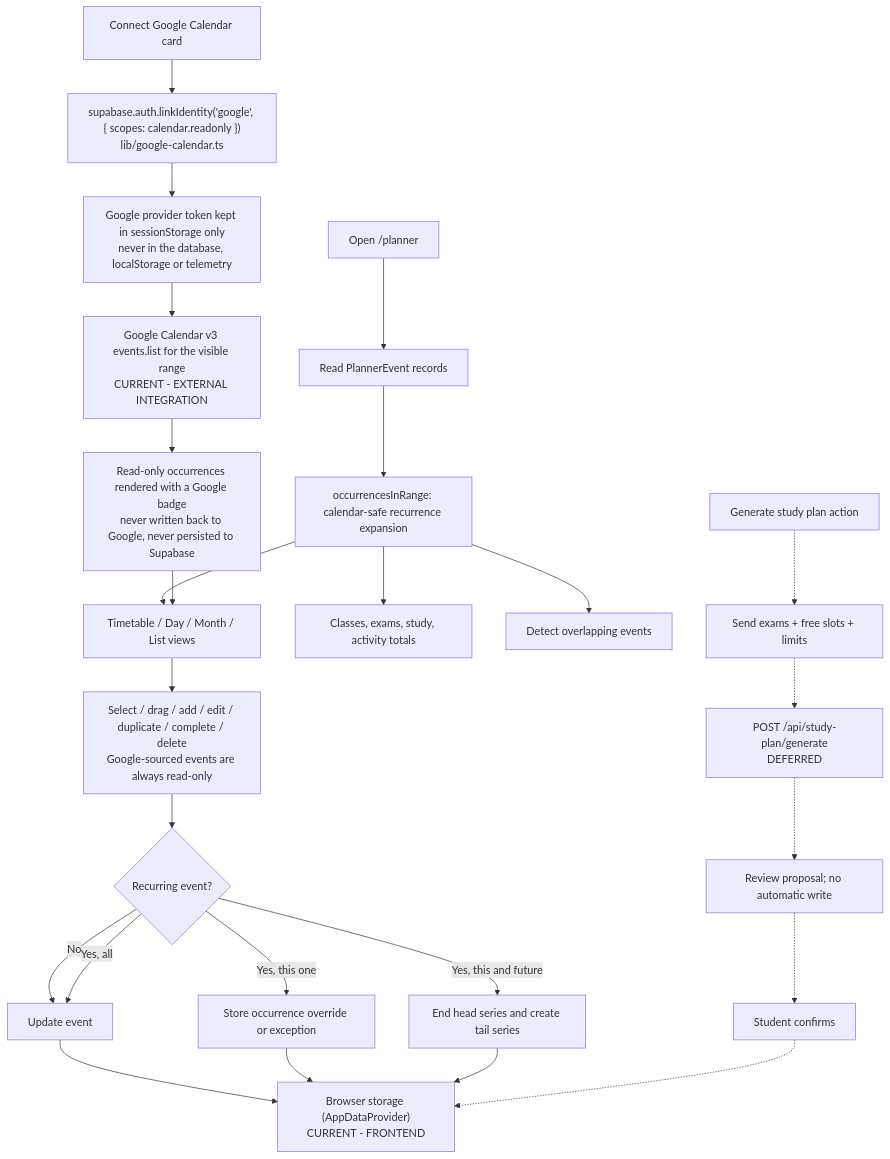
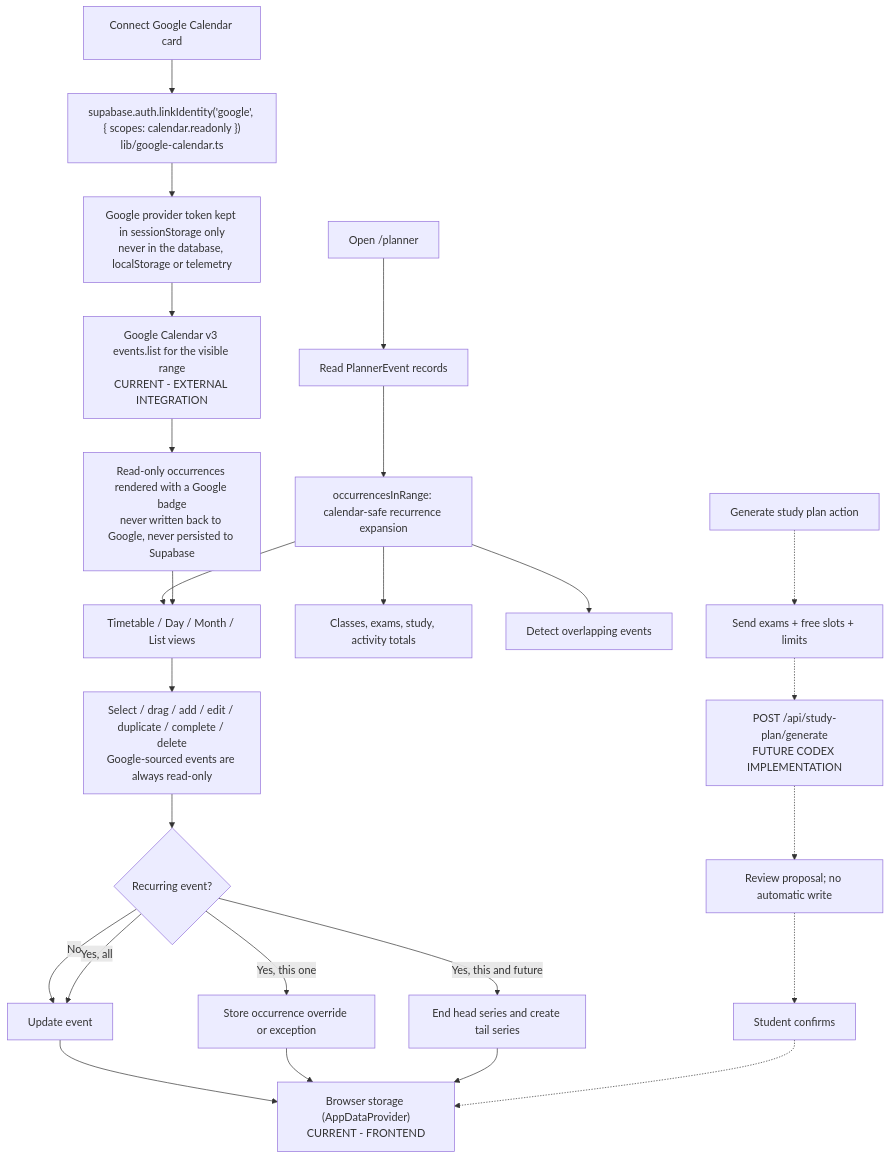
The diagram in docs/wireframes/10-planner.mmd (keyshavmor/study-swiss-star), drawn with Mermaid before and after one commit. The commit also changed 231 other files, not shown here.

```diff
--- a/docs/wireframes/10-planner.mmd
+++ b/docs/wireframes/10-planner.mmd
@@ -1,26 +1,26 @@
 %% /planner (routes/_authenticated/planner.tsx) including read-only Google Calendar merge.
 flowchart TD
   Open["Open /planner"] --> Events["Read PlannerEvent records"]
   Events --> Expand["occurrencesInRange: calendar-safe recurrence expansion"]
   Expand --> Views["Timetable / Day / Month / List views"]
   Expand --> Totals["Classes, exams, study, activity totals"]
   Expand --> Conflict["Detect overlapping events"]
   Google["Connect Google Calendar card"] --> Link["supabase.auth.linkIdentity('google', { scopes: calendar.readonly })<br/>lib/google-calendar.ts"]
   Link --> Token["Google provider token kept in sessionStorage only<br/>never in the database, localStorage or telemetry"]
   Token --> Fetch["Google Calendar v3 events.list for the visible range<br/>CURRENT - EXTERNAL INTEGRATION"]
   Fetch --> Merge["Read-only occurrences rendered with a Google badge<br/>never written back to Google, never persisted to Supabase"]
   Merge --> Views
   Views --> Interact["Select / drag / add / edit / duplicate / complete / delete<br/>Google-sourced events are always read-only"]
   Interact --> Scope{"Recurring event?"}
   Scope -->|No| Series["Update event"]
   Scope -->|Yes, this one| Override["Store occurrence override or exception"]
   Scope -->|Yes, this and future| Split["End head series and create tail series"]
   Scope -->|Yes, all| Series
   Series --> Store["Browser storage (AppDataProvider)<br/>CURRENT - FRONTEND"]
   Override --> Store
   Split --> Store
   Generate["Generate study plan action"] -.-> Context["Send exams + free slots + limits"]
-  Context -.-> Python["POST /api/study-plan/generate<br/>DEFERRED"]
+  Context -.-> Python["POST /api/study-plan/generate<br/>FUTURE CODEX IMPLEMENTATION"]
   Python -.-> Review["Review proposal; no automatic write"]
   Review -.-> Confirm["Student confirms"]
   Confirm -.-> Store
```
